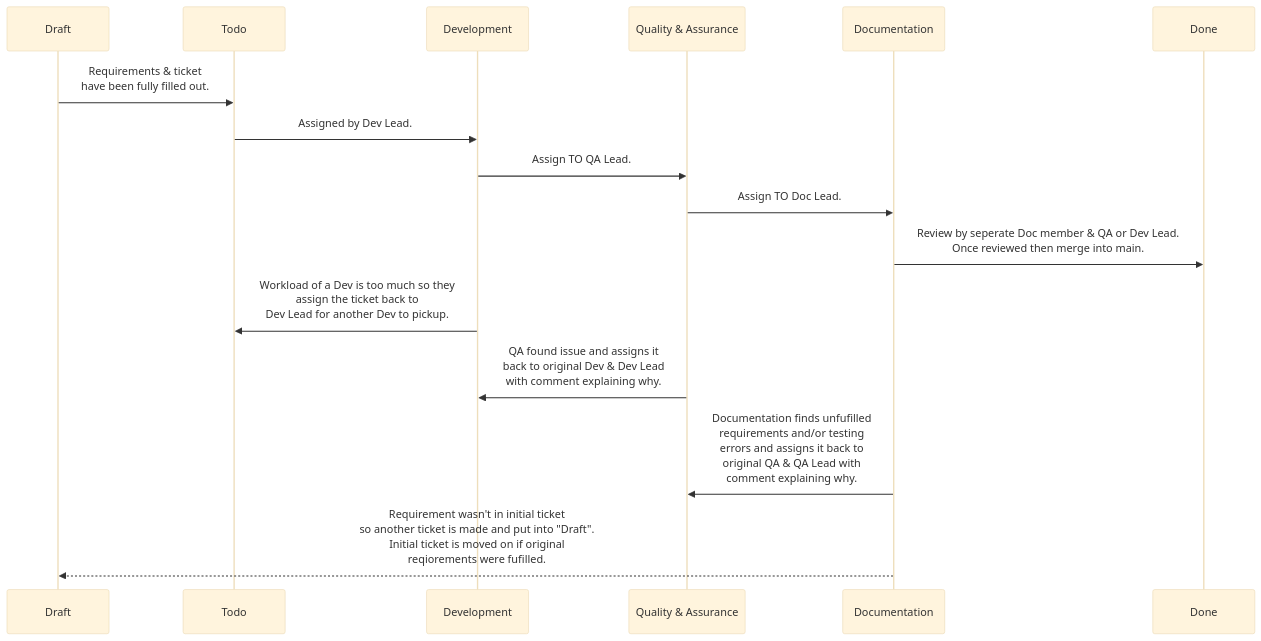
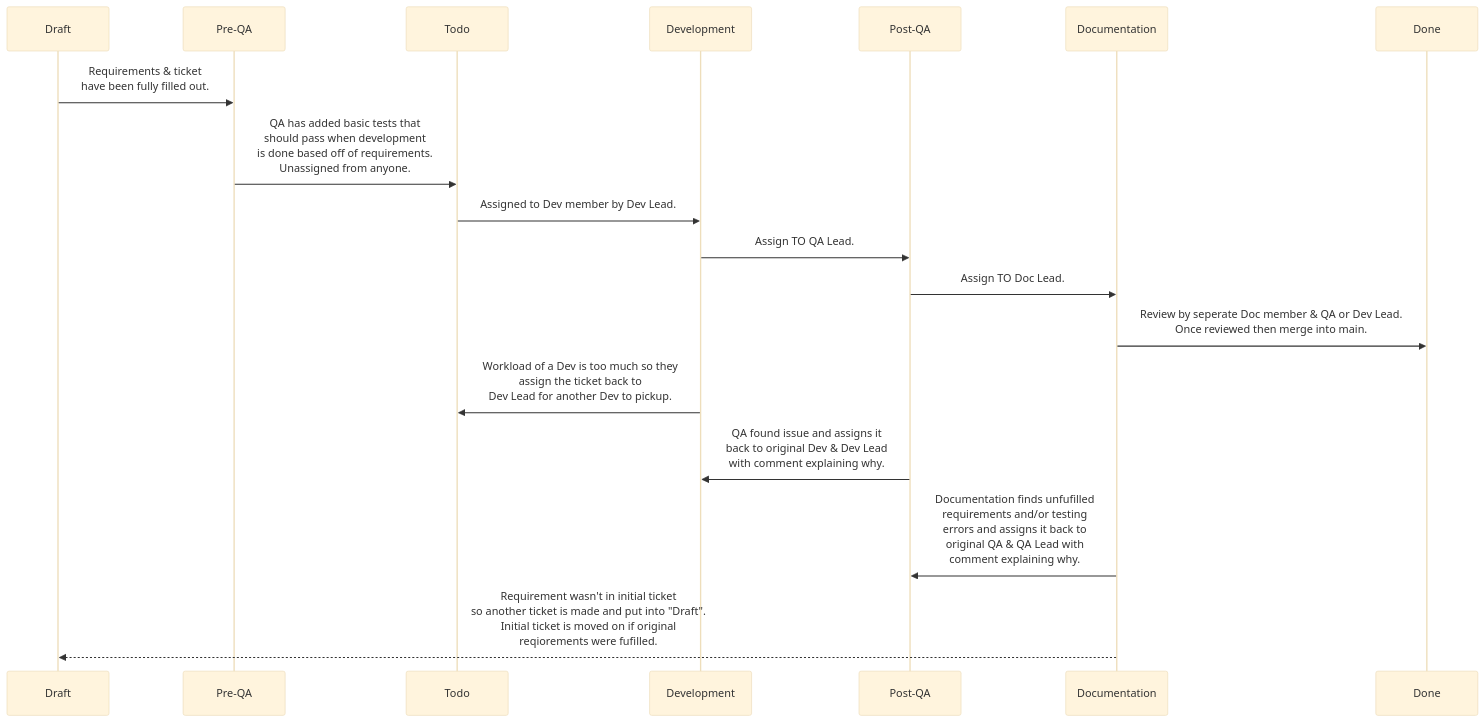
Before and after one commit to SVSU-Capstone25/.github: the diagram in profile/README.md, drawn with Mermaid (base theme).

Commit message:
Add Pre-QA to ticket workflow

````diff
--- a/profile/README.md
+++ b/profile/README.md
@@ -24,13 +24,14 @@
 ```mermaid
 sequenceDiagram
-    Draft->>Todo: Requirements & ticket<br/>have been fully filled out.
-    Todo->>Development: Assigned by Dev Lead.
-    Development->>Quality & Assurance: Assign TO QA Lead.
-    Quality & Assurance->>Documentation: Assign TO Doc Lead.
+    Draft->>Pre-QA: Requirements & ticket<br/>have been fully filled out.
+    Pre-QA->>Todo: QA has added basic tests that<br/>should pass when development<br/>is done based off of requirements.<br/>Unassigned from anyone.
+    Todo->>Development: Assigned to Dev member by Dev Lead.
+    Development->>Post-QA: Assign TO QA Lead.
+    Post-QA->>Documentation: Assign TO Doc Lead.
     Documentation->>Done: Review by seperate Doc member & QA or Dev Lead.<br/>Once reviewed then merge into main.
 
     Development->>Todo: Workload of a Dev is too much so they<br/>assign the ticket back to<br/>Dev Lead for another Dev to pickup.
-    Quality & Assurance->>Development: QA found issue and assigns it<br/>back to original Dev & Dev Lead<br/>with comment explaining why.
-    Documentation->>Quality & Assurance: Documentation finds unfufilled<br/>requirements and/or testing<br/>errors and assigns it back to<br/>original QA & QA Lead with<br/>comment explaining why.
+    Post-QA->>Development: QA found issue and assigns it<br/>back to original Dev & Dev Lead<br/>with comment explaining why.
+    Documentation->>Post-QA: Documentation finds unfufilled<br/>requirements and/or testing<br/>errors and assigns it back to<br/>original QA & QA Lead with<br/>comment explaining why.
     Documentation-->>Draft: Requirement wasn't in initial ticket<br/>so another ticket is made and put into "Draft".<br/>Initial ticket is moved on if original<br/>reqiorements were fufilled.
 ```
````
